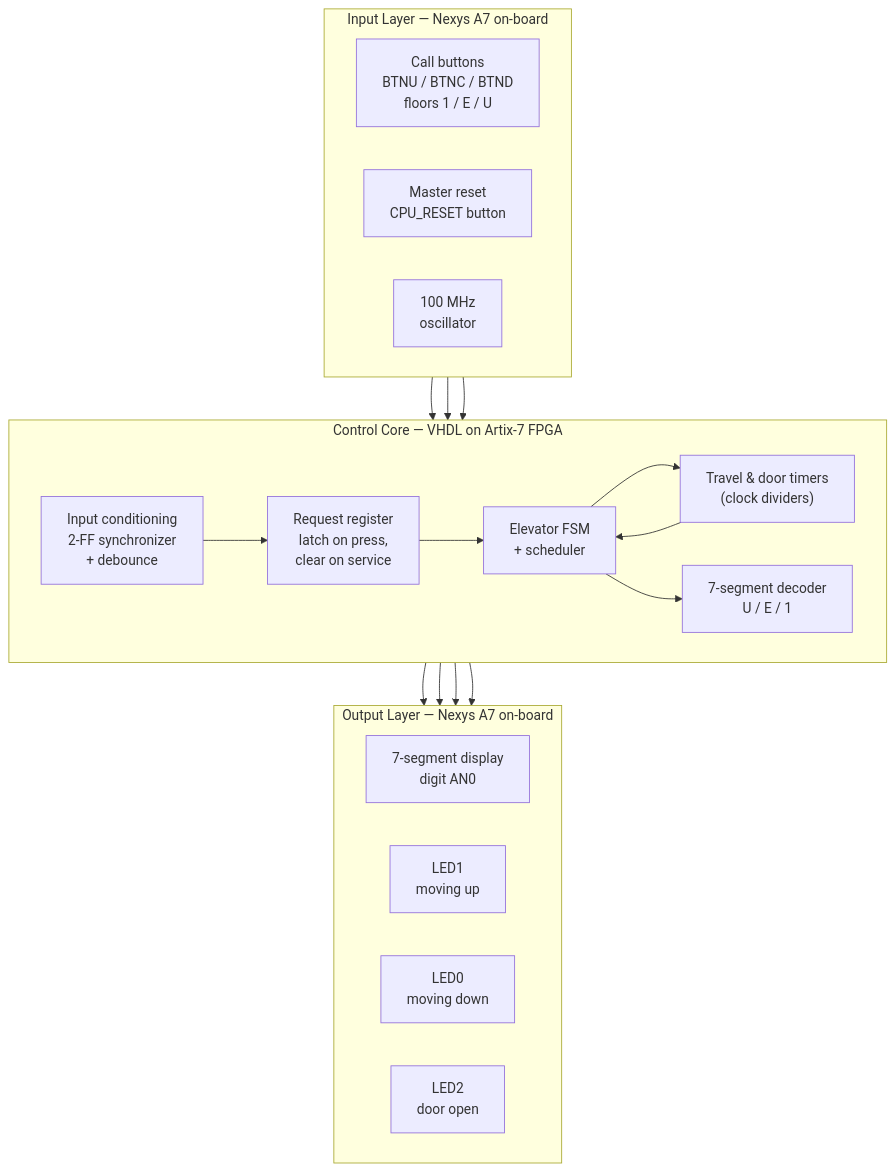
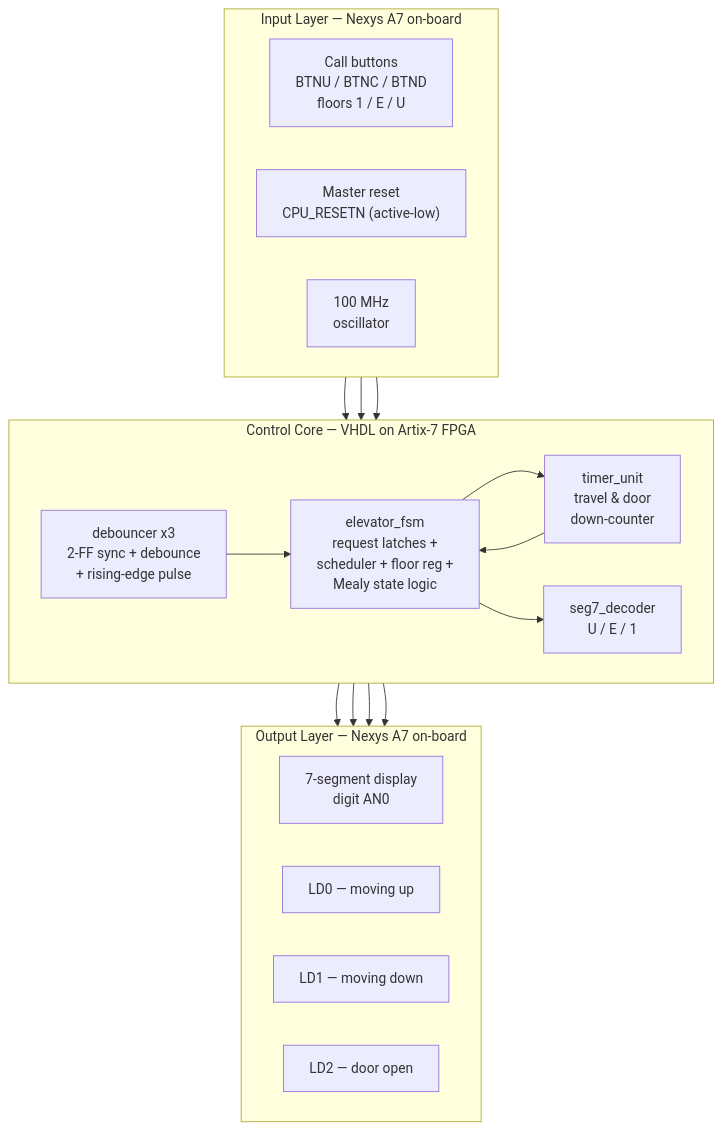
One commit to Oluwasholape/SS2026_HWE_Lab_Team_A6 changed the first of 4 diagrams in project/README.md. Above: the diagram before and after it, drawn with Mermaid. The commit also changed other lines of this file, not shown here.

````diff
--- a/project/README.md
+++ b/project/README.md
@@ -47,39 +48,37 @@
 ```mermaid
 flowchart TD
     subgraph INPUT["Input Layer — Nexys A7 on-board"]
         direction LR
         CB["Call buttons<br/>BTNU / BTNC / BTND<br/>floors 1 / E / U"]
-        RST["Master reset<br/>CPU_RESET button"]
+        RST["Master reset<br/>CPU_RESETN (active-low)"]
         CLK["100 MHz<br/>oscillator"]
     end
 
     subgraph CORE["Control Core — VHDL on Artix-7 FPGA"]
         direction LR
-        SYNC["Input conditioning<br/>2-FF synchronizer<br/>+ debounce"]
-        REQ["Request register<br/>latch on press,<br/>clear on service"]
-        FSM["Elevator FSM<br/>+ scheduler"]
-        TMR["Travel & door timers<br/>(clock dividers)"]
-        DEC["7-segment decoder<br/>U / E / 1"]
+        DB["debouncer x3<br/>2-FF sync + debounce<br/>+ rising-edge pulse"]
+        FSM["elevator_fsm<br/>request latches +<br/>scheduler + floor reg +<br/>Mealy state logic"]
+        TMR["timer_unit<br/>travel & door<br/>down-counter"]
+        DEC["seg7_decoder<br/>U / E / 1"]
     end
 
     subgraph OUTPUT["Output Layer — Nexys A7 on-board"]
         direction LR
         SEG["7-segment display<br/>digit AN0"]
-        UP["LED1<br/>moving up"]
-        DN["LED0<br/>moving down"]
-        DOOR["LED2<br/>door open"]
+        UP["LD0 — moving up"]
+        DN["LD1 — moving down"]
+        DOOR["LD2 — door open"]
     end
 
-    CB --> SYNC
-    SYNC --> REQ
-    REQ --> FSM
+    CB --> DB
+    DB --> FSM
     RST --> FSM
     CLK --> TMR
     TMR --> FSM
     FSM --> TMR
     FSM --> DEC
     DEC --> SEG
     FSM --> UP
     FSM --> DN
     FSM --> DOOR
 ```
````
